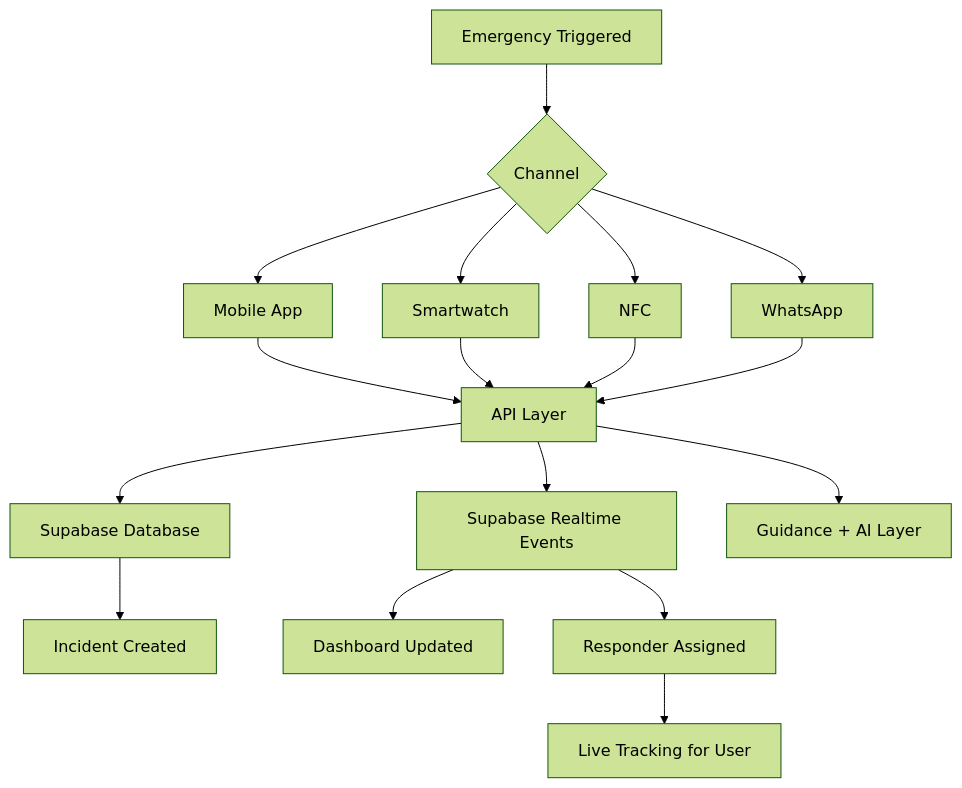
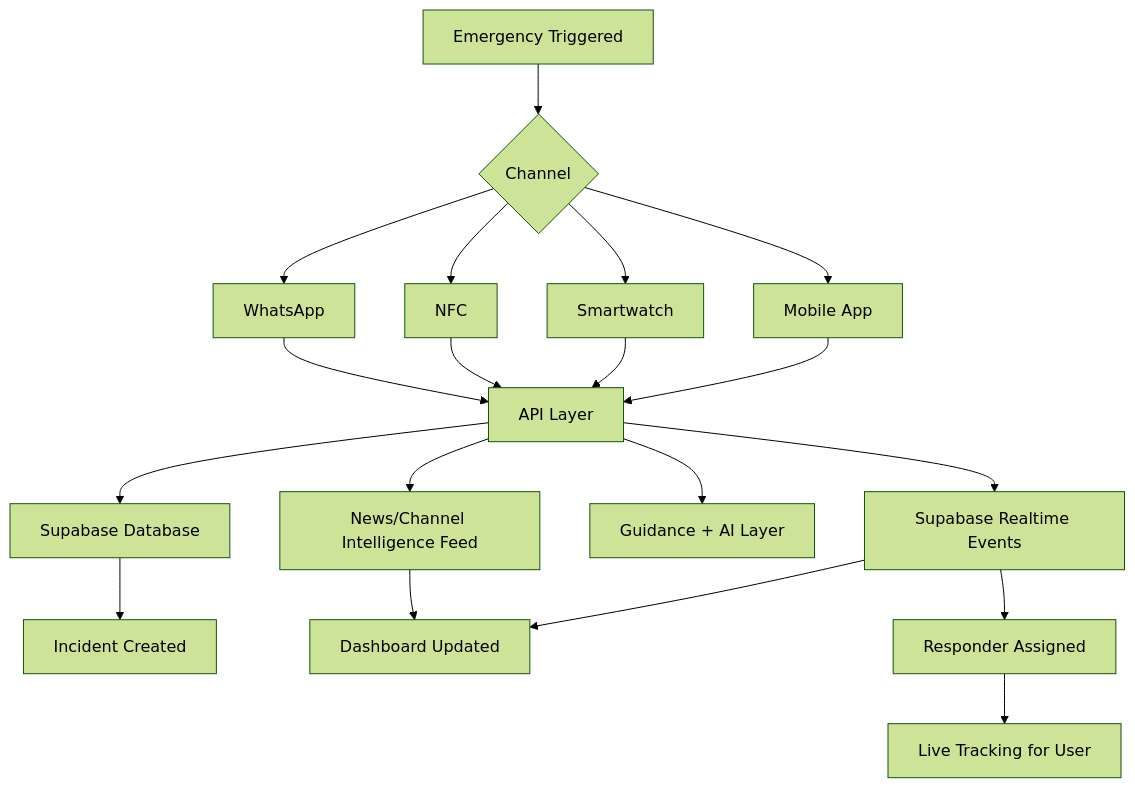
One commit to Shrit1401/PUHackathon changed the first of 4 diagrams in README.md. Above: the diagram before and after it, drawn with Mermaid (forest theme). The commit also changed other lines of this file, not shown here.

````diff
--- a/README.md
+++ b/README.md
@@ -90,22 +91,24 @@
 ```mermaid
 flowchart TD
     A[Emergency Triggered] --> B{Channel}
     B --> C[Mobile App]
     B --> D[Smartwatch]
     B --> E[NFC]
     B --> F[WhatsApp]
 
     C --> G[API Layer]
     D --> G
     E --> G
     F --> G
 
     G --> H[Supabase Database]
     G --> I[Supabase Realtime Events]
     G --> J[Guidance + AI Layer]
+    G --> O[News/Channel Intelligence Feed]
 
     H --> K[Incident Created]
     I --> L[Dashboard Updated]
     I --> M[Responder Assigned]
+    O --> L
     M --> N[Live Tracking for User]
 ```
````
